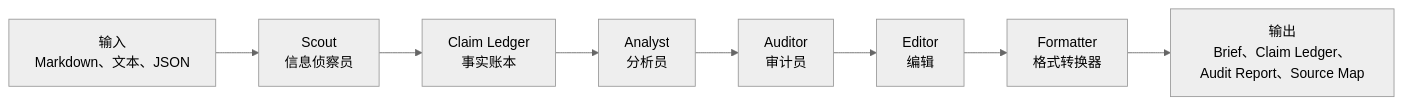
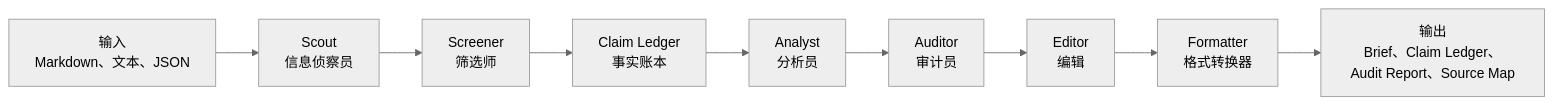
One commit to Stahl-G/multi-agent-brief-workflow changed the diagram in docs/architecture.zh-CN.md. Above: the diagram before and after it, drawn with Mermaid (neutral theme). The commit also changed other lines of this file and 11 other files, not shown here.

````diff
--- a/docs/architecture.zh-CN.md
+++ b/docs/architecture.zh-CN.md
@@ -7,10 +7,11 @@
 ```mermaid
 flowchart LR
   A["输入<br/>Markdown、文本、JSON"] --> B["Scout<br/>信息侦察员"]
-  B --> C["Claim Ledger<br/>事实账本"]
-  C --> D["Analyst<br/>分析员"]
-  D --> E["Auditor<br/>审计员"]
-  E --> F["Editor<br/>编辑"]
-  F --> G["Formatter<br/>格式转换器"]
-  G --> H["输出<br/>Brief、Claim Ledger、Audit Report、Source Map"]
+  B --> C["Screener<br/>筛选师"]
+  C --> D["Claim Ledger<br/>事实账本"]
+  D --> E["Analyst<br/>分析员"]
+  E --> F["Auditor<br/>审计员"]
+  F --> G["Editor<br/>编辑"]
+  G --> H["Formatter<br/>格式转换器"]
+  H --> I["输出<br/>Brief、Claim Ledger、Audit Report、Source Map"]
 ```
````
